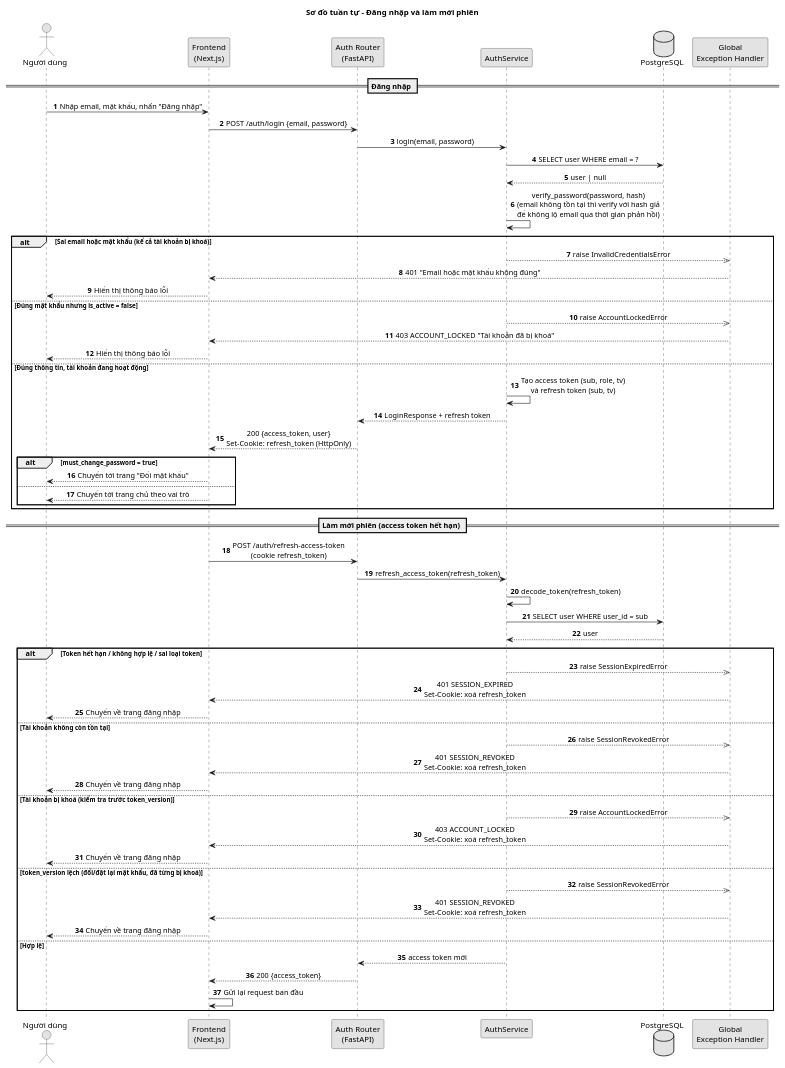
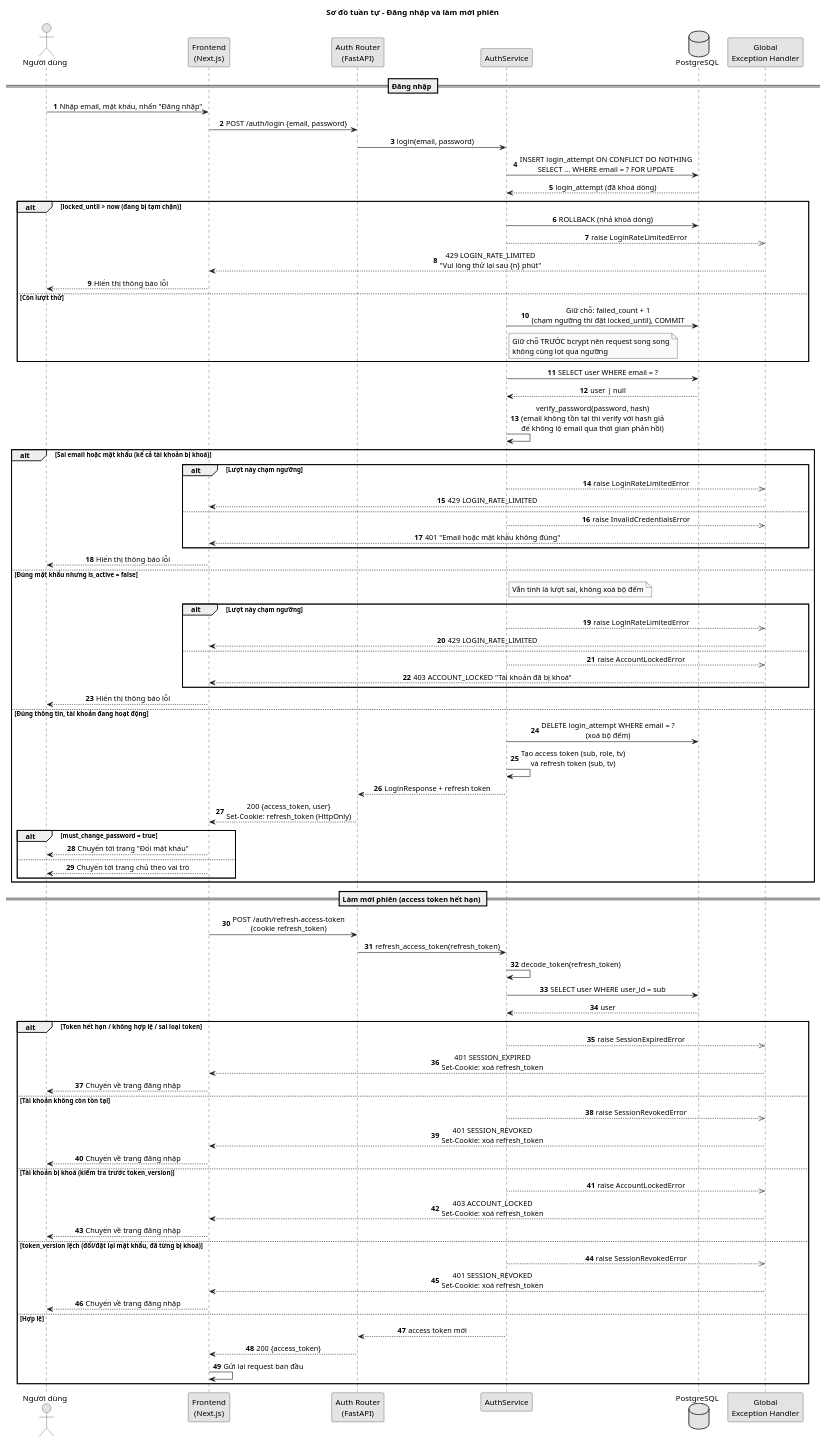
Before and after one commit to dinhnhathuyennhan/leet-code-utc2: the diagram in docs/diagrams/sequence/sequence-login.puml, drawn with PlantUML. The commit also changed 13 other files, not shown here.

```diff
--- a/docs/diagrams/sequence/sequence-login.puml
+++ b/docs/diagrams/sequence/sequence-login.puml
@@ -1,73 +1,99 @@
 @startuml sequence-login
 ' Đăng nhập + làm mới phiên, theo backend/app/api/auth.py và modules/auth/service.py
 skinparam shadowing false
 skinparam monochrome true
 skinparam defaultFontName Arial
 skinparam sequenceMessageAlign center
 autonumber
 
 title Sơ đồ tuần tự - Đăng nhập và làm mới phiên
 
 actor "Người dùng" as U
 participant "Frontend\n(Next.js)" as FE
 participant "Auth Router\n(FastAPI)" as R
 participant "AuthService" as S
 database "PostgreSQL" as DB
 participant "Global\nException Handler" as EH
 
 == Đăng nhập ==
 U -> FE : Nhập email, mật khẩu, nhấn "Đăng nhập"
 FE -> R : POST /auth/login {email, password}
 R -> S : login(email, password)
+S -> DB : INSERT login_attempt ON CONFLICT DO NOTHING\nSELECT ... WHERE email = ? FOR UPDATE
+DB --> S : login_attempt (đã khoá dòng)
+alt locked_until > now (đang bị tạm chặn)
+  S -> DB : ROLLBACK (nhả khoá dòng)
+  S -->> EH : raise LoginRateLimitedError
+  EH --> FE : 429 LOGIN_RATE_LIMITED\n"Vui lòng thử lại sau {n} phút"
+  FE --> U : Hiển thị thông báo lỗi
+else Còn lượt thử
+  S -> DB : Giữ chỗ: failed_count + 1\n(chạm ngưỡng thì đặt locked_until), COMMIT
+  note right of S
+    Giữ chỗ TRƯỚC bcrypt nên request song song
+    không cùng lọt qua ngưỡng
+  end note
+end
 S -> DB : SELECT user WHERE email = ?
 DB --> S : user | null
 S -> S : verify_password(password, hash)\n(email không tồn tại thì verify với hash giả\nđể không lộ email qua thời gian phản hồi)
 
 alt Sai email hoặc mật khẩu (kể cả tài khoản bị khoá)
-  S -->> EH : raise InvalidCredentialsError
-  EH --> FE : 401 "Email hoặc mật khẩu không đúng"
+  alt Lượt này chạm ngưỡng
+    S -->> EH : raise LoginRateLimitedError
+    EH --> FE : 429 LOGIN_RATE_LIMITED
+  else
+    S -->> EH : raise InvalidCredentialsError
+    EH --> FE : 401 "Email hoặc mật khẩu không đúng"
+  end
   FE --> U : Hiển thị thông báo lỗi
 else Đúng mật khẩu nhưng is_active = false
-  S -->> EH : raise AccountLockedError
-  EH --> FE : 403 ACCOUNT_LOCKED "Tài khoản đã bị khoá"
+  note right of S : Vẫn tính là lượt sai, không xoá bộ đếm
+  alt Lượt này chạm ngưỡng
+    S -->> EH : raise LoginRateLimitedError
+    EH --> FE : 429 LOGIN_RATE_LIMITED
+  else
+    S -->> EH : raise AccountLockedError
+    EH --> FE : 403 ACCOUNT_LOCKED "Tài khoản đã bị khoá"
+  end
   FE --> U : Hiển thị thông báo lỗi
 else Đúng thông tin, tài khoản đang hoạt động
+  S -> DB : DELETE login_attempt WHERE email = ?\n(xoá bộ đếm)
   S -> S : Tạo access token (sub, role, tv)\nvà refresh token (sub, tv)
   S --> R : LoginResponse + refresh token
   R --> FE : 200 {access_token, user}\nSet-Cookie: refresh_token (HttpOnly)
   alt must_change_password = true
     FE --> U : Chuyển tới trang "Đổi mật khẩu"
   else
     FE --> U : Chuyển tới trang chủ theo vai trò
   end
 end
 
 == Làm mới phiên (access token hết hạn) ==
 FE -> R : POST /auth/refresh-access-token\n(cookie refresh_token)
 R -> S : refresh_access_token(refresh_token)
 S -> S : decode_token(refresh_token)
 S -> DB : SELECT user WHERE user_id = sub
 DB --> S : user
 alt Token hết hạn / không hợp lệ / sai loại token
   S -->> EH : raise SessionExpiredError
   EH --> FE : 401 SESSION_EXPIRED\nSet-Cookie: xoá refresh_token
   FE --> U : Chuyển về trang đăng nhập
 else Tài khoản không còn tồn tại
   S -->> EH : raise SessionRevokedError
   EH --> FE : 401 SESSION_REVOKED\nSet-Cookie: xoá refresh_token
   FE --> U : Chuyển về trang đăng nhập
 else Tài khoản bị khoá (kiểm tra trước token_version)
   S -->> EH : raise AccountLockedError
   EH --> FE : 403 ACCOUNT_LOCKED\nSet-Cookie: xoá refresh_token
   FE --> U : Chuyển về trang đăng nhập
 else token_version lệch (đổi/đặt lại mật khẩu, đã từng bị khoá)
   S -->> EH : raise SessionRevokedError
   EH --> FE : 401 SESSION_REVOKED\nSet-Cookie: xoá refresh_token
   FE --> U : Chuyển về trang đăng nhập
 else Hợp lệ
   S --> R : access token mới
   R --> FE : 200 {access_token}
   FE -> FE : Gửi lại request ban đầu
 end
 
 @enduml
```
